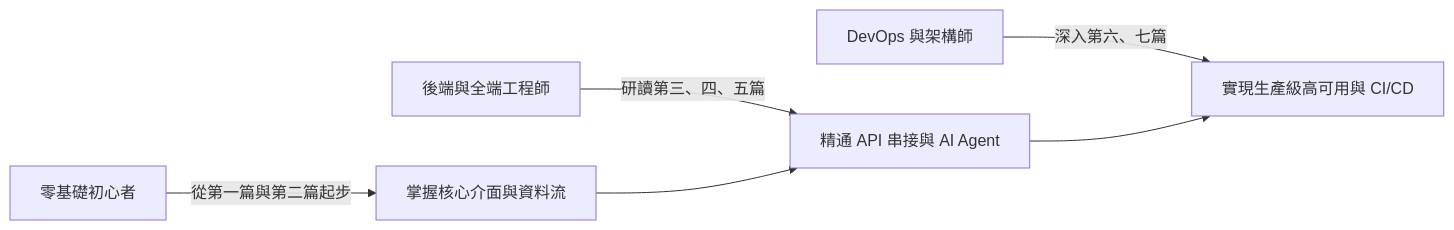
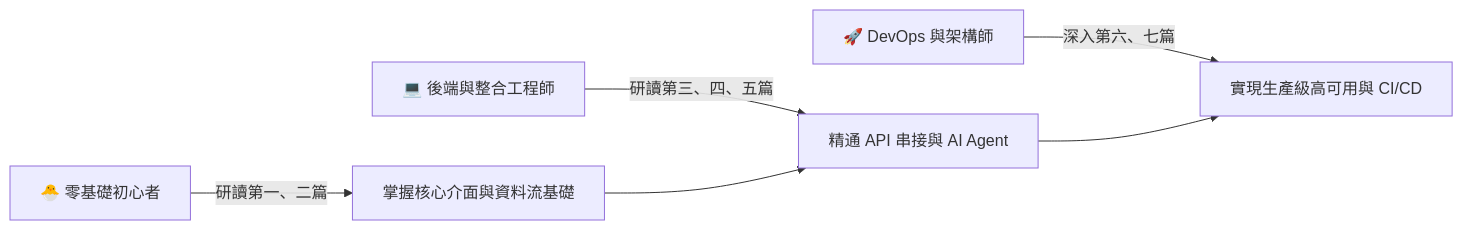
One commit to cosmo-chang-1701/n8n-beginner-guide changed the diagram in README.md. Above: the diagram before and after it, drawn with Mermaid. The commit also changed other lines of this file, not shown here.

````diff
--- a/README.md
+++ b/README.md
@@ -34,7 +86,7 @@
 ```mermaid
 flowchart LR
-    A["零基礎初心者"] -->|從第一篇與第二篇起步| D["掌握核心介面與資料流"]
-    B["後端與全端工程師"] -->|研讀第三、四、五篇| E["精通 API 串接與 AI Agent"]
-    C["DevOps 與架構師"] -->|深入第六、七篇| F["實現生產級高可用與 CI/CD"]
+    A["🐣 零基礎初心者"] -->|研讀第一、二篇| D["掌握核心介面與資料流基礎"]
+    B["💻 後端與整合工程師"] -->|研讀第三、四、五篇| E["精通 API 串接與 AI Agent"]
+    C["🚀 DevOps 與架構師"] -->|深入第六、七篇| F["實現生產級高可用與 CI/CD"]
     D --> E --> F
 ```
````
